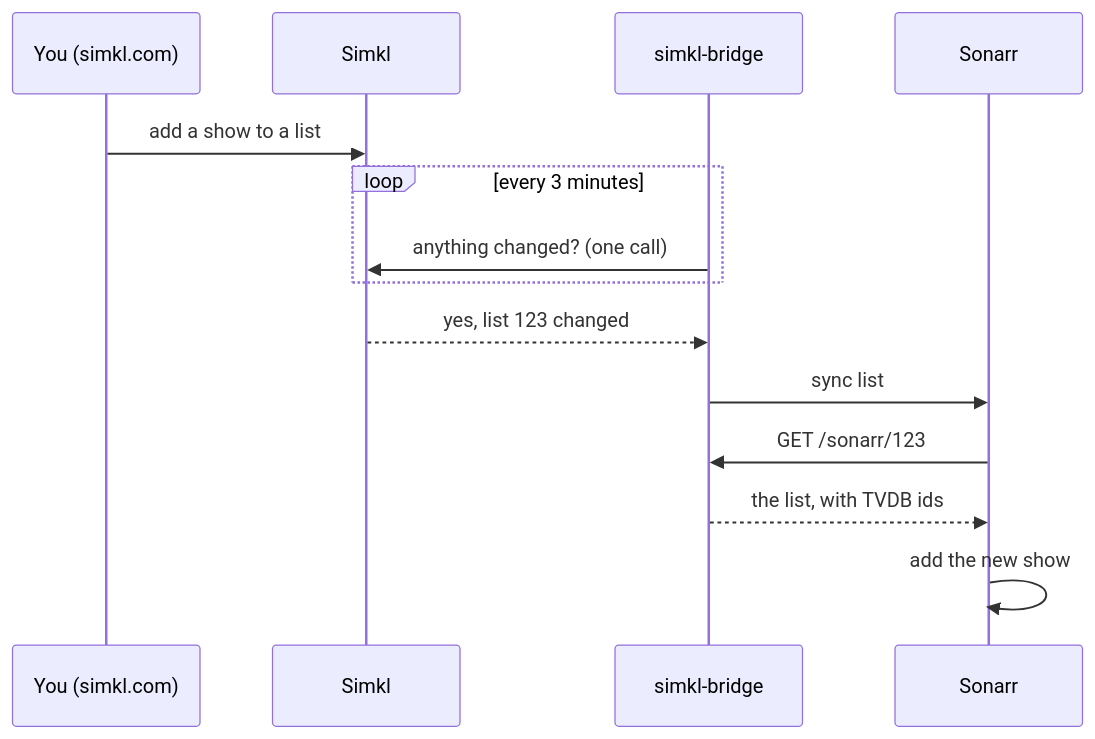
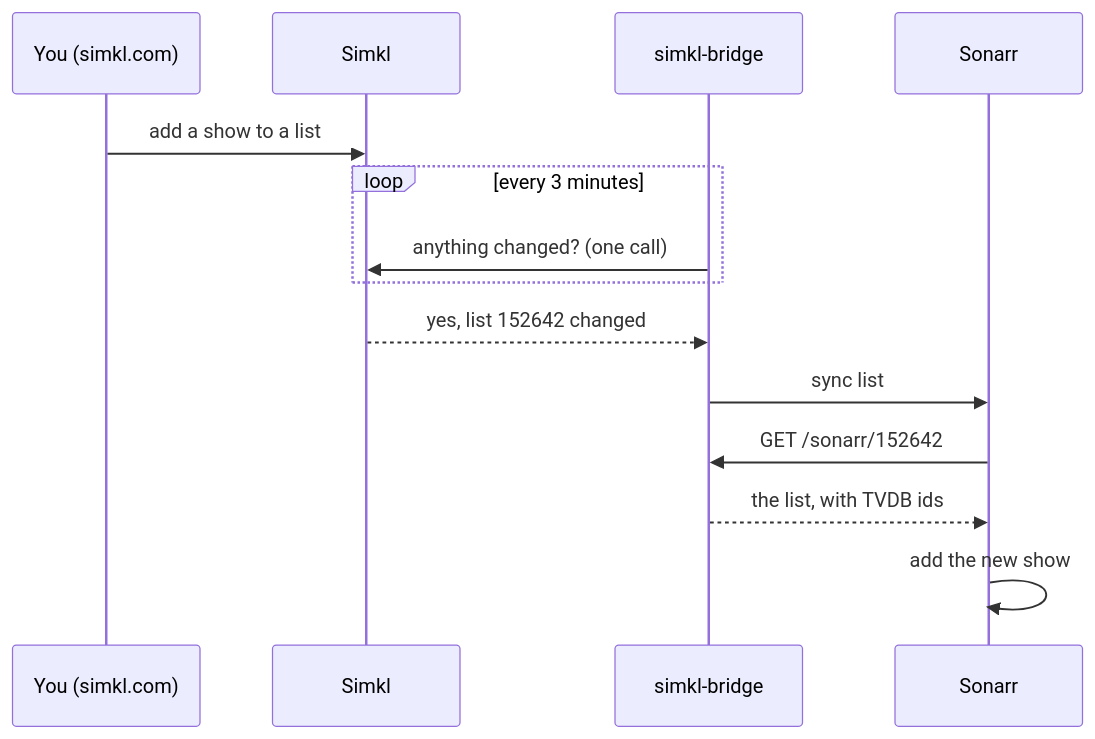
One commit to jad0083/simkl-bridge changed the second of 2 diagrams in README.md. Above: the diagram before and after it, drawn with Mermaid. The commit also changed other lines of this file, not shown here.

First line of the commit message:
docs: a step-by-step setup guide and list walkthrough

````diff
--- a/README.md
+++ b/README.md
@@ -210,16 +367,16 @@
 ```mermaid
 sequenceDiagram
     participant You as You (simkl.com)
     participant Simkl
     participant Bridge as simkl-bridge
     participant Sonarr
     You->>Simkl: add a show to a list
     loop every 3 minutes
         Bridge->>Simkl: anything changed? (one call)
     end
-    Simkl-->>Bridge: yes, list 123 changed
-    Bridge->>Sonarr: sync list #5 now
-    Sonarr->>Bridge: GET /sonarr/123
+    Simkl-->>Bridge: yes, list 152642 changed
+    Bridge->>Sonarr: sync list #3 now
+    Sonarr->>Bridge: GET /sonarr/152642
     Bridge-->>Sonarr: the list, with TVDB ids
     Sonarr->>Sonarr: add the new show
 ```
````
